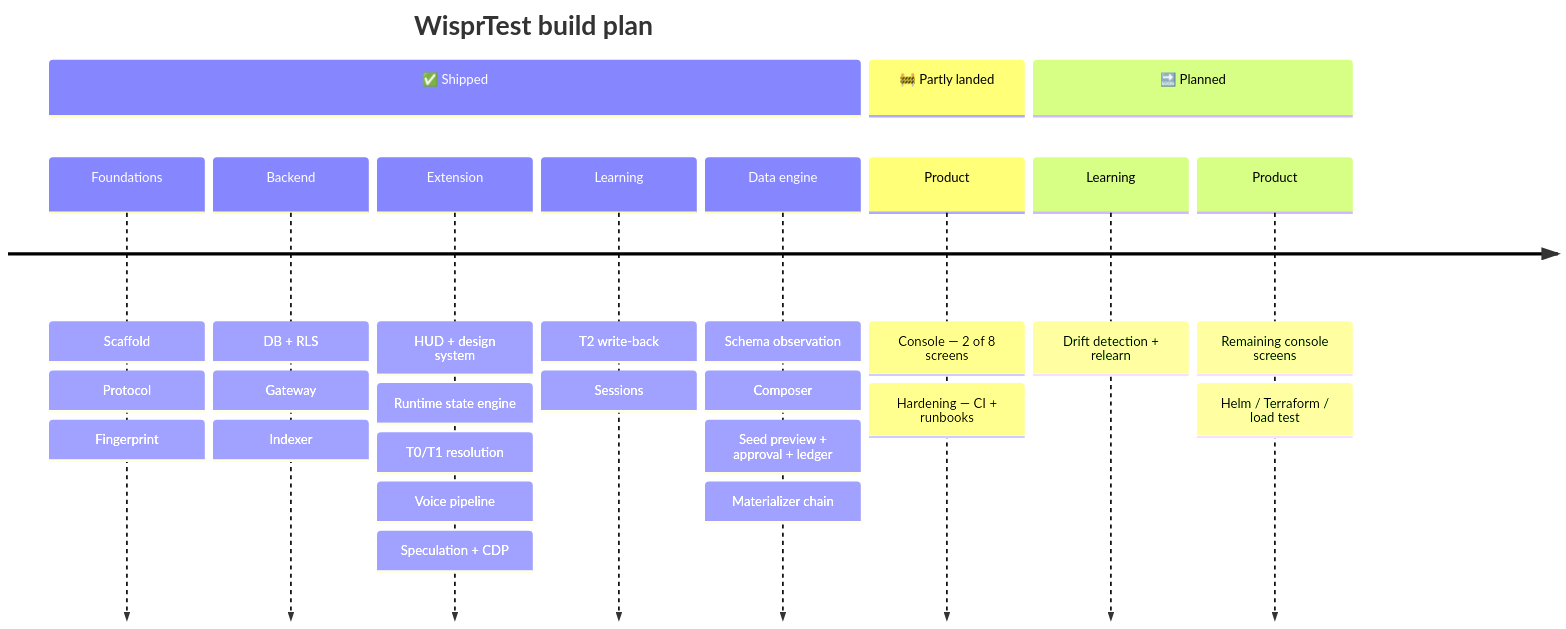
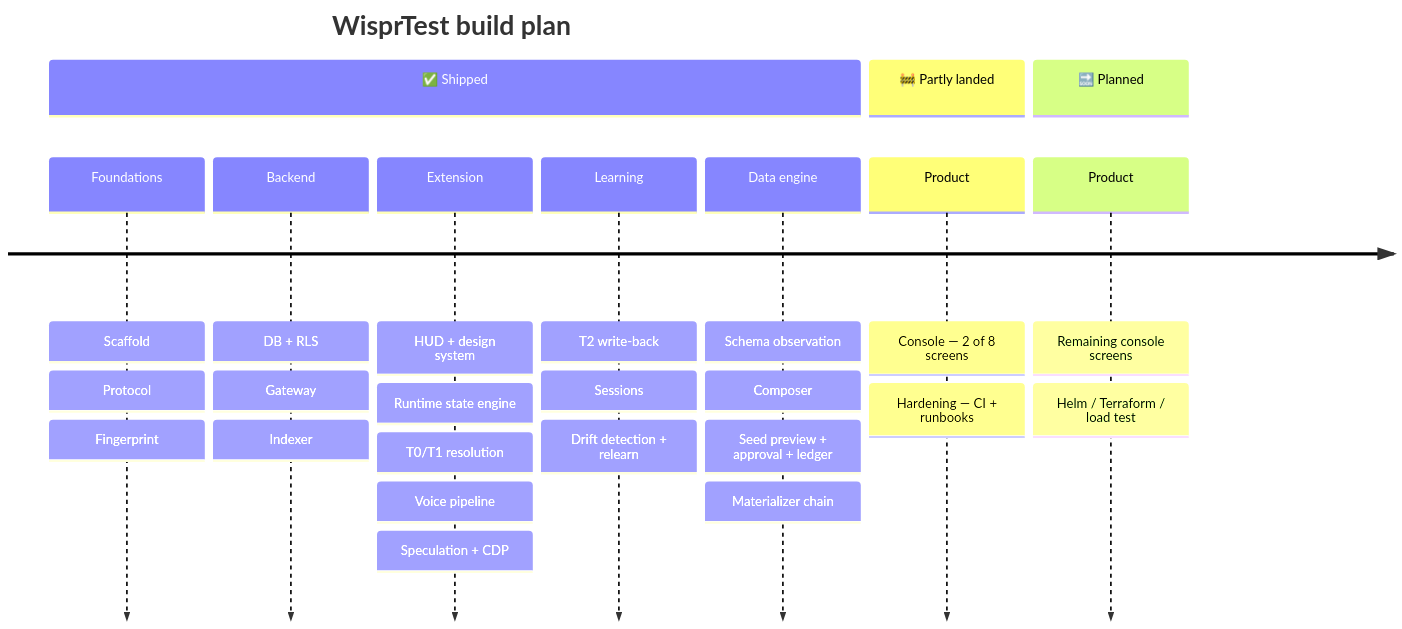
One commit to Rkcr007/wisprtest changed the sixth of 6 diagrams in README.md. Above: the diagram before and after it, drawn with Mermaid. The commit also changed other lines of this file, not shown here.

````diff
--- a/README.md
+++ b/README.md
@@ -344,15 +348,14 @@
 ```mermaid
 timeline
     title WisprTest build plan
     section ✅ Shipped
         Foundations : Scaffold : Protocol : Fingerprint
         Backend : DB + RLS : Gateway : Indexer
         Extension : HUD + design system : Runtime state engine : T0/T1 resolution : Voice pipeline : Speculation + CDP
-        Learning : T2 write-back : Sessions
+        Learning : T2 write-back : Sessions : Drift detection + relearn
         Data engine : Schema observation : Composer : Seed preview + approval + ledger : Materializer chain
     section 🚧 Partly landed
         Product : Console — 2 of 8 screens : Hardening — CI + runbooks
     section 🔜 Planned
-        Learning : Drift detection + relearn
         Product : Remaining console screens : Helm / Terraform / load test
 ```
````
